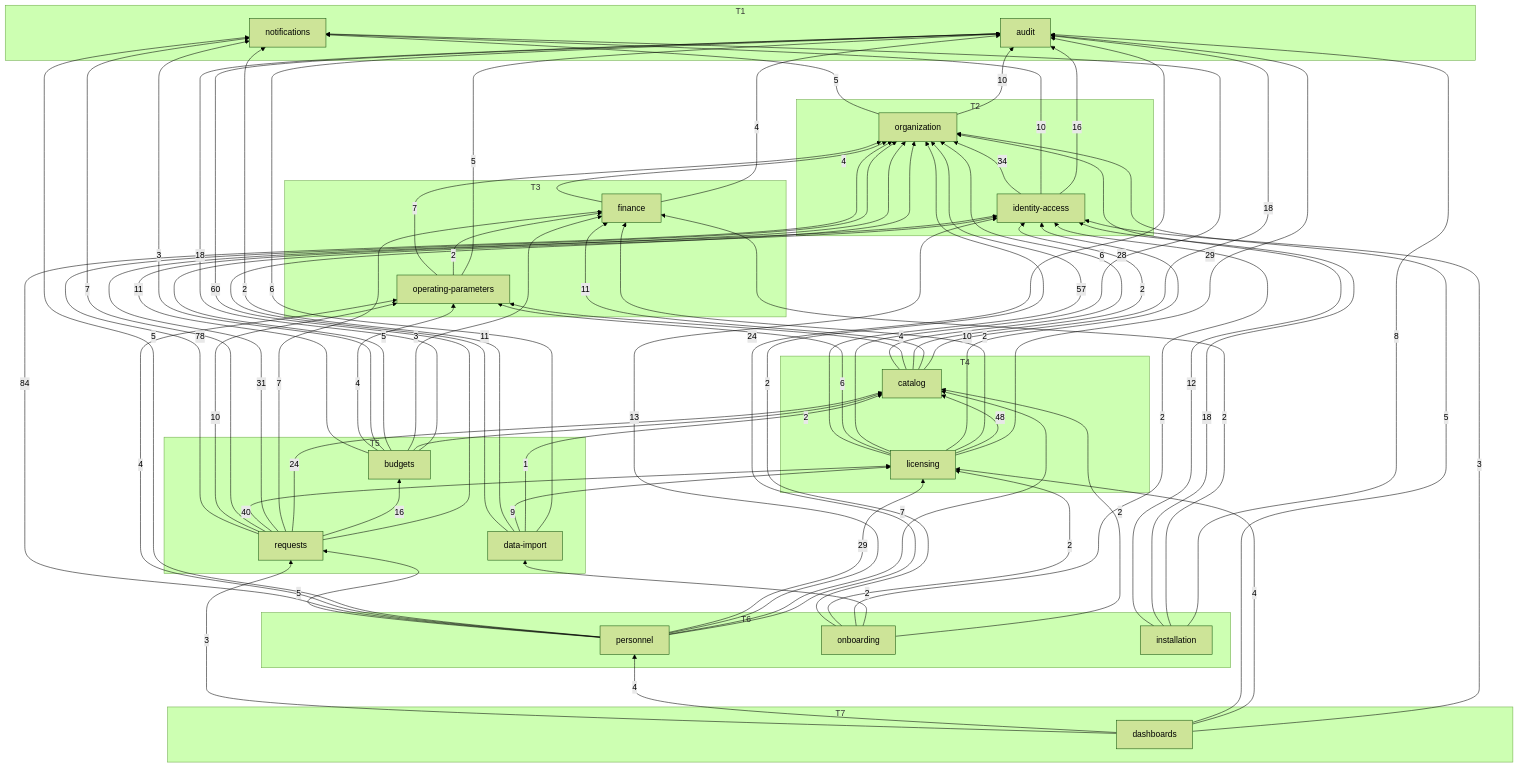
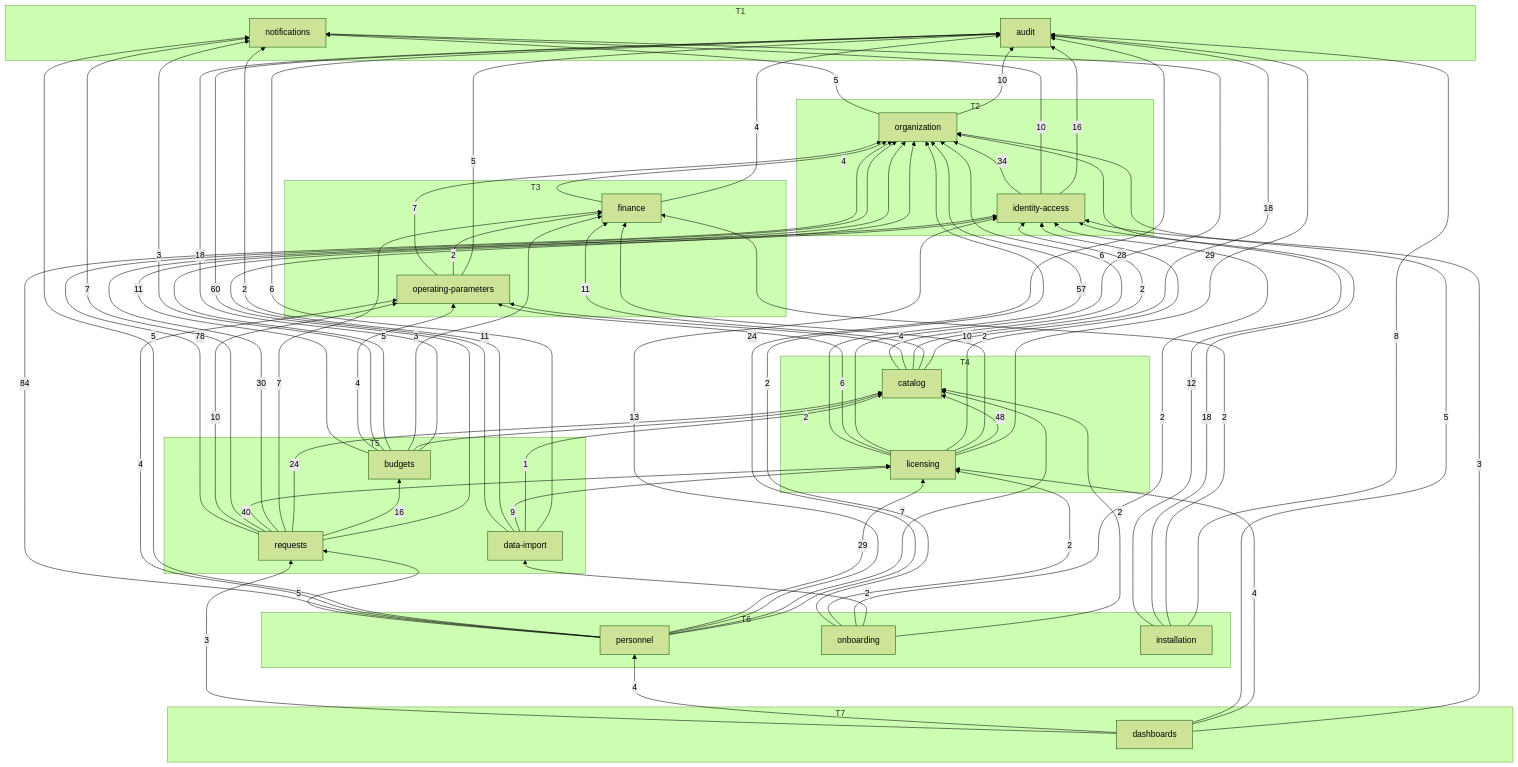
The diagram in docs/generated/module-graph.md (SEP490-FALL2026/BE-dev), drawn with Mermaid (forest theme) before and after one commit. The commit also changed 31 other files, not shown here.

```diff
--- a/docs/generated/module-graph.md
+++ b/docs/generated/module-graph.md
@@ -94,7 +94,7 @@
   requests -->|16| budgets
   requests -->|24| catalog
   requests -->|7| finance
-  requests -->|31| identity_access
+  requests -->|30| identity_access
   requests -->|40| licensing
   requests -->|7| notifications
   requests -->|10| operating_parameters
```
